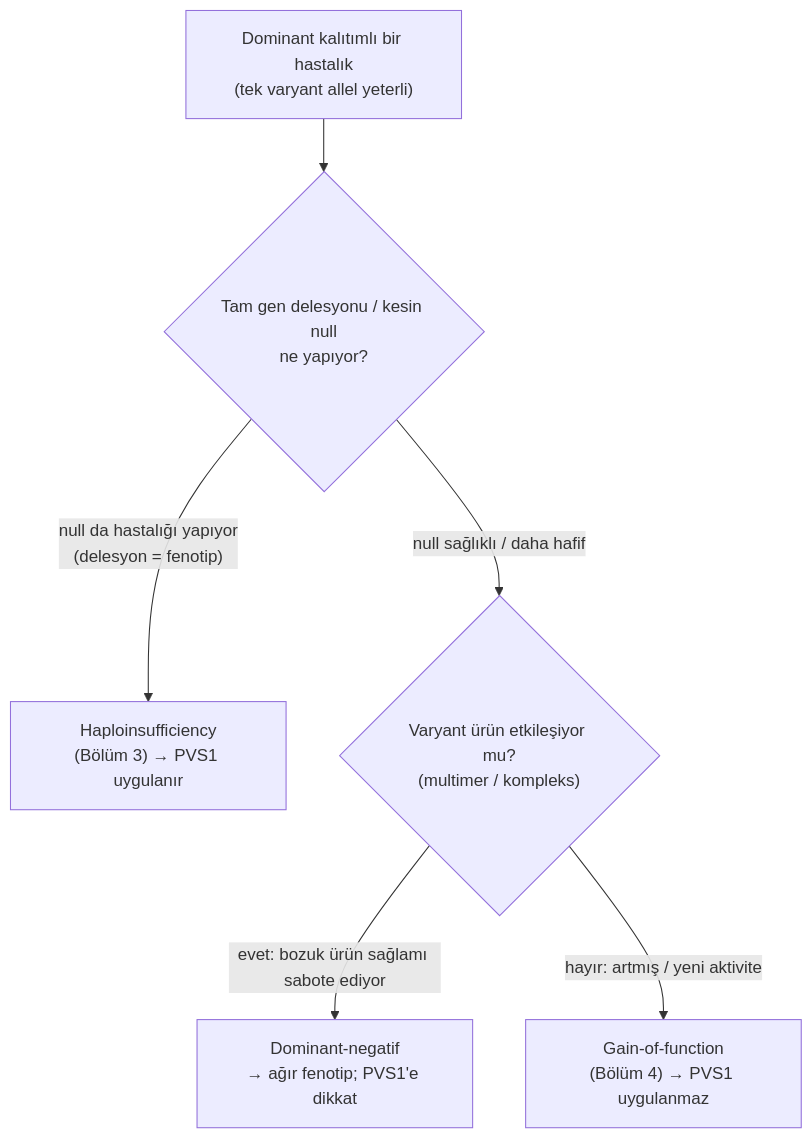
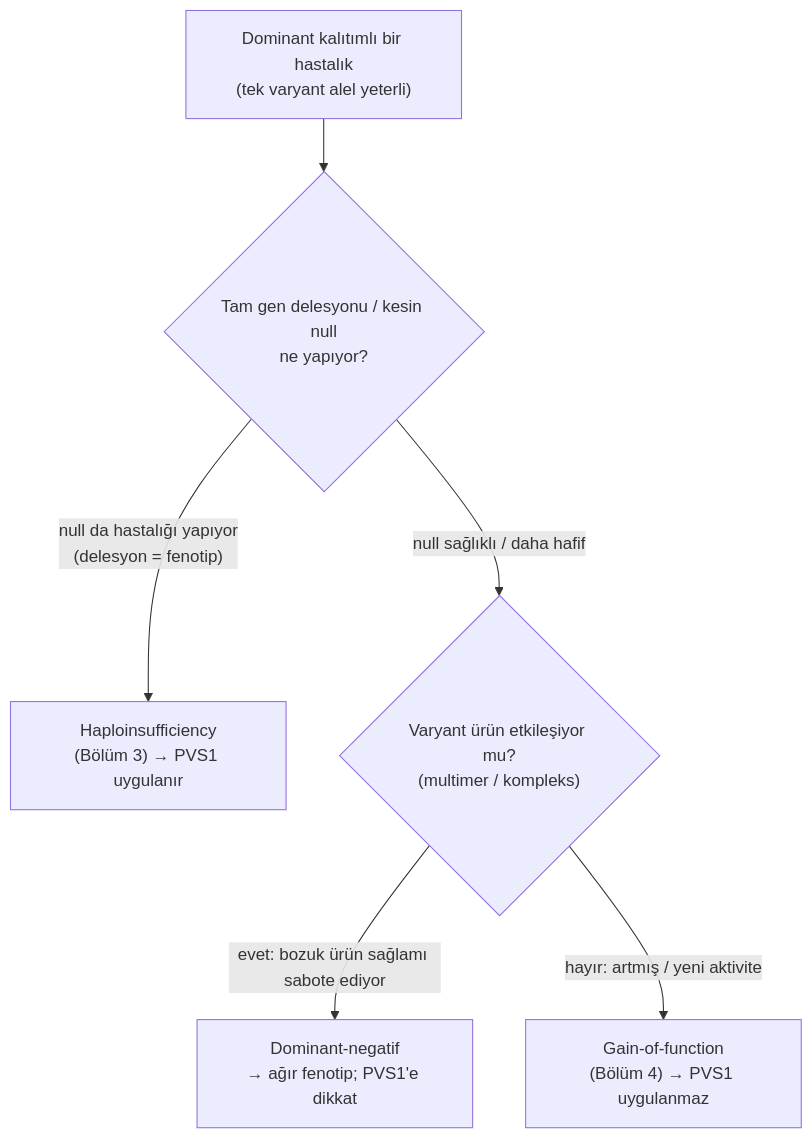
One commit to MDKalenderoglu/Mekanizma_Kitab- changed the first of 3 diagrams in Bölüm_05_Dominant_Negatif.md. Above: the diagram before and after it, drawn with Mermaid. The commit also changed other lines of this file and 21 other files, not shown here.

````diff
--- a/Bölüm_05_Dominant_Negatif.md
+++ b/Bölüm_05_Dominant_Negatif.md
@@ -124,8 +124,8 @@
 ```mermaid
 flowchart TD
-  A["Dominant kalıtımlı bir hastalık<br/>(tek varyant allel yeterli)"] --> B{"Tam gen delesyonu / kesin null<br/>ne yapıyor?"}
+  A["Dominant kalıtımlı bir hastalık<br/>(tek varyant alel yeterli)"] --> B{"Tam gen delesyonu / kesin null<br/>ne yapıyor?"}
   B -->|"null da hastalığı yapıyor<br/>(delesyon = fenotip)"| C["Haploinsufficiency<br/>(Bölüm 3) → PVS1 uygulanır"]
   B -->|"null sağlıklı / daha hafif"| D{"Varyant ürün etkileşiyor mu?<br/>(multimer / kompleks)"}
   D -->|"evet: bozuk ürün sağlamı sabote ediyor"| E["Dominant-negatif<br/>→ ağır fenotip; PVS1'e dikkat"]
   D -->|"hayır: artmış / yeni aktivite"| F["Gain-of-function<br/>(Bölüm 4) → PVS1 uygulanmaz"]
 ```
````
